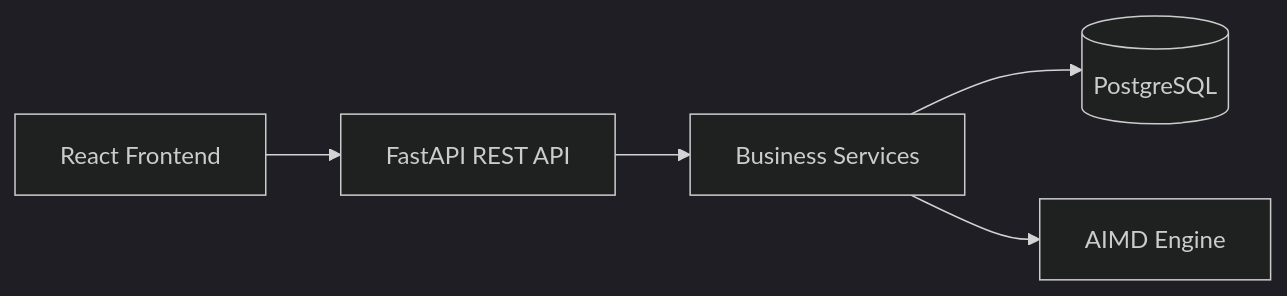
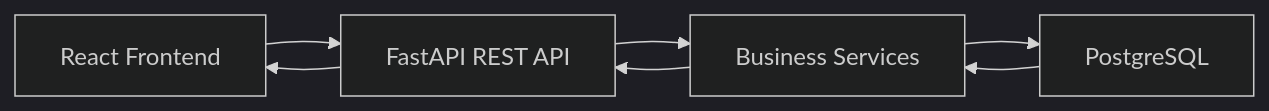
Before and after one commit to shailendrasinghrathore369/PhoenixML: the first of 3 diagrams in docs/07-api-design.md, drawn with Mermaid (dark theme). The commit also changed other lines of this file and 6 other files, not shown here.

````diff
--- a/docs/07-api-design.md
+++ b/docs/07-api-design.md
@@ -21,21 +90,23 @@
 ```mermaid
 flowchart LR
 
-Frontend[React Frontend]
+React["React Frontend"]
 
-API[FastAPI REST API]
+API["FastAPI REST API"]
 
-Services[Business Services]
+Services["Business Services"]
 
-Database[(PostgreSQL)]
+Database["PostgreSQL"]
 
-AIMD[AIMD Engine]
-
-Frontend --> API
+React --> API
 
 API --> Services
 
 Services --> Database
 
-Services --> AIMD
+Database --> Services
+
+Services --> API
+
+API --> React
 ```
````
